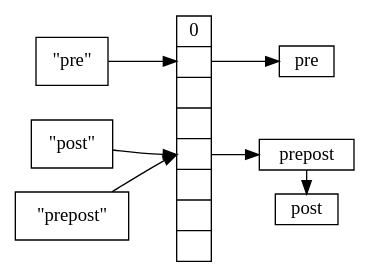
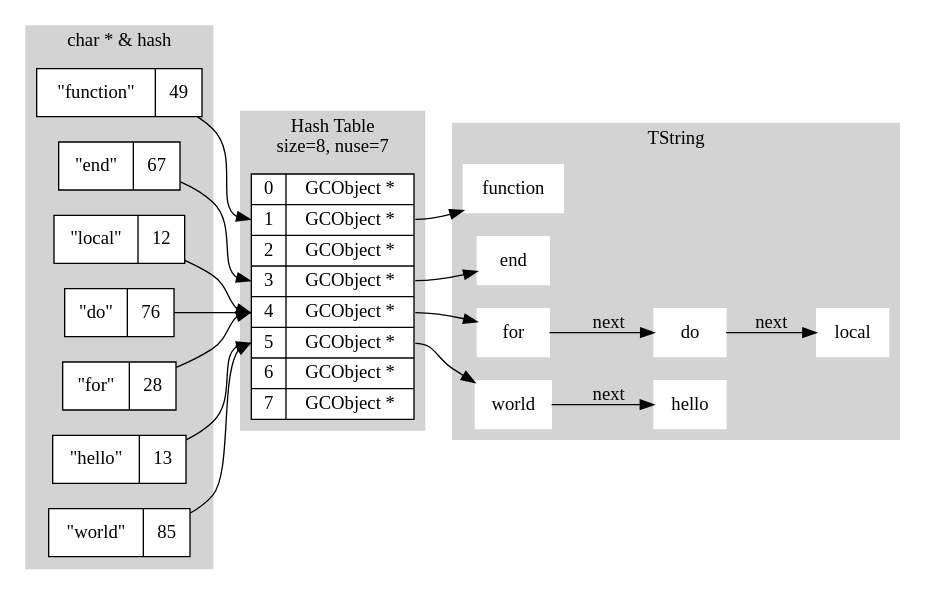
One commit to DreamAndDead/lua-5.1-source-guide changed the second of 3 diagrams in book/string.org. Above: the diagram before and after it, drawn with Graphviz. The commit also changed other lines of this file and 13 other files, not shown here.

```diff
--- a/book/string.org
+++ b/book/string.org
@@ -107,36 +150,71 @@
 #+begin_src dot :file string-hashtable.png
 digraph {
 	rankdir = LR;
-	
-	subgraph string {
-		node[shape=box];
+
+	subgraph cluster_string {
+		node [shape=record,style=filled,fillcolor=white];
+		style=filled;
+		color=lightgrey;
+		label = "char * & hash";
 
 		{ rank=same;
-			spre[label="\"pre\""];
-			spost[label="\"post\""];
-			spp[label="\"prepost\""];
-		}
-
-		label = "process #1";
-	}
-
-	node[shape=record, width=.1, height=.1];
-	buckets [label="<b0> 0 | <b1> | <b2> | <b3> | <b4> | <b5> | <b6> | <b7>"];
-
-	subgraph tstring {
-		node[shape=box];
-
-		{ rank=same;
-			pre;
-			post;
-			prepost;
+			sfunction[label="{\"function\" | <p> 49}"];
+			send[label="{\"end\" | <p> 67}"];
+			slocal[label="{\"local\" | <p> 12}"];
+			sdo[label="{\"do\" | <p> 76}"];
+			sfor[label="{\"for\" | <p> 28}"];
+			shello[label="{\"hello\" | <p> 13}"];
+			sworld[label="{\"world\" | <p> 85}"];
 		}
 	}
 
-	spre -> buckets:b1 -> pre;
-	spost -> buckets:b4 -> prepost -> post;
-	spp -> buckets:b4;
+	subgraph cluster_table {
+		node[shape=record, width=.8, height=.1, style=filled, fillcolor=white];
+		style=filled;
+		color=lightgrey;
+		label = "Hash Table\nsize=8, nuse=7";
 
-	
+ 		hash [label="
+			 {<n0> 0 | <p0> GCObject *} |
+			 {<n1> 1 | <p1> GCObject *} |
+			 {<n2> 2 | <p2> GCObject *} |
+			 {<n3> 3 | <p3> GCObject *} |
+			 {<n4> 4 | <p4> GCObject *} |
+			 {<n5> 5 | <p5> GCObject *} |
+			 {<n6> 6 | <p6> GCObject *} |
+			 {<n7> 7 | <p7> GCObject *}
+			 "];
+	}
+
+	subgraph cluster_tstring {
+		node [shape=box,style=filled,color=white];
+		style=filled;
+		color=lightgrey;
+		label = "TString";
+
+		function;
+		end;
+		local;
+		do;
+		for;
+		hello;
+		world;
+	}
+
+	sfunction -> hash:n1;
+	send -> hash:n3;
+	slocal -> hash:n4;
+	sdo -> hash:n4;
+	sfor -> hash:n4;
+	shello -> hash:n5;
+	sworld -> hash:n5;
+
+	hash:p1 -> function;
+	hash:p3 -> end;
+	hash:p4 -> for;
+	hash:p5 -> world;
+
+	for -> do -> local[label="next"];
+	world -> hello[label="next"];
 }
 #+end_src
```
